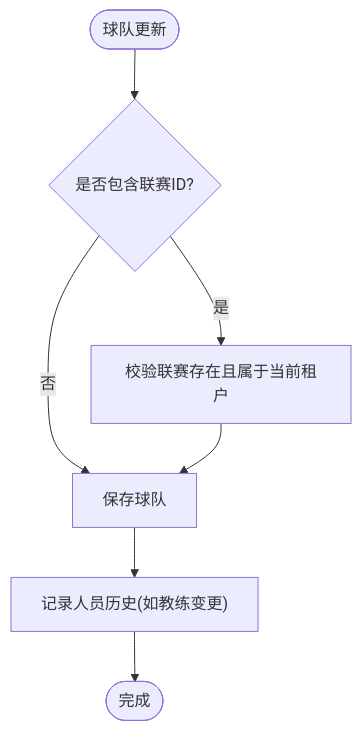
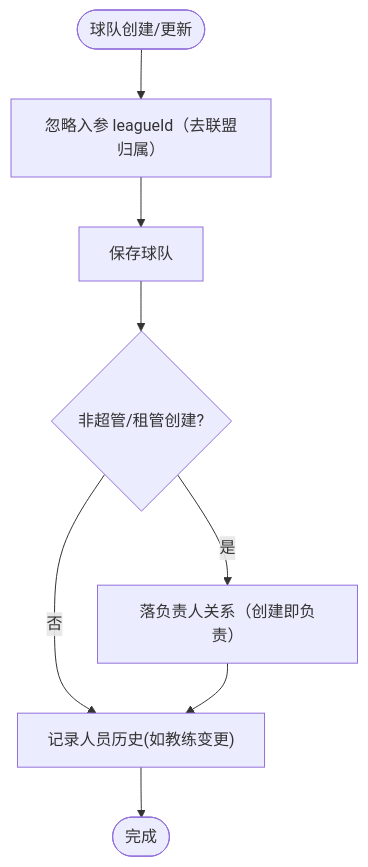
The fourth of 7 diagrams in docs/tech/数据模型设计/核心业务实体/球队实体(Team).md (skvan/bsdone), drawn with Mermaid before and after one commit. The commit also changed other lines of this file and 46 other files, not shown here.

First line of the commit message:
feat(team): 球队去联盟归属——后端解耦 + league_id 清理迁移 + 报名制门槛（Issue #318 批A）

````diff
--- a/docs/tech/数据模型设计/核心业务实体/球队实体(Team).md
+++ b/docs/tech/数据模型设计/核心业务实体/球队实体(Team).md
@@ -170,9 +175,10 @@
 ```mermaid
 flowchart TD
-Start(["球队更新"]) --> CheckLeague{"是否包含联赛ID?"}
-CheckLeague --> |是| ValidateLeague["校验联赛存在且属于当前租户"]
-CheckLeague --> |否| SaveTeam["保存球队"]
-ValidateLeague --> SaveTeam
-SaveTeam --> RecordHistory["记录人员历史(如教练变更)"]
+Start(["球队创建/更新"]) --> IgnoreLeague["忽略入参 leagueId（去联盟归属）"]
+IgnoreLeague --> SaveTeam["保存球队"]
+SaveTeam --> Auto{非超管/租管创建?}
+Auto --> |是| Grant["落负责人关系（创建即负责）"]
+Auto --> |否| RecordHistory["记录人员历史(如教练变更)"]
+Grant --> RecordHistory
 RecordHistory --> End(["完成"])
 ```
````
